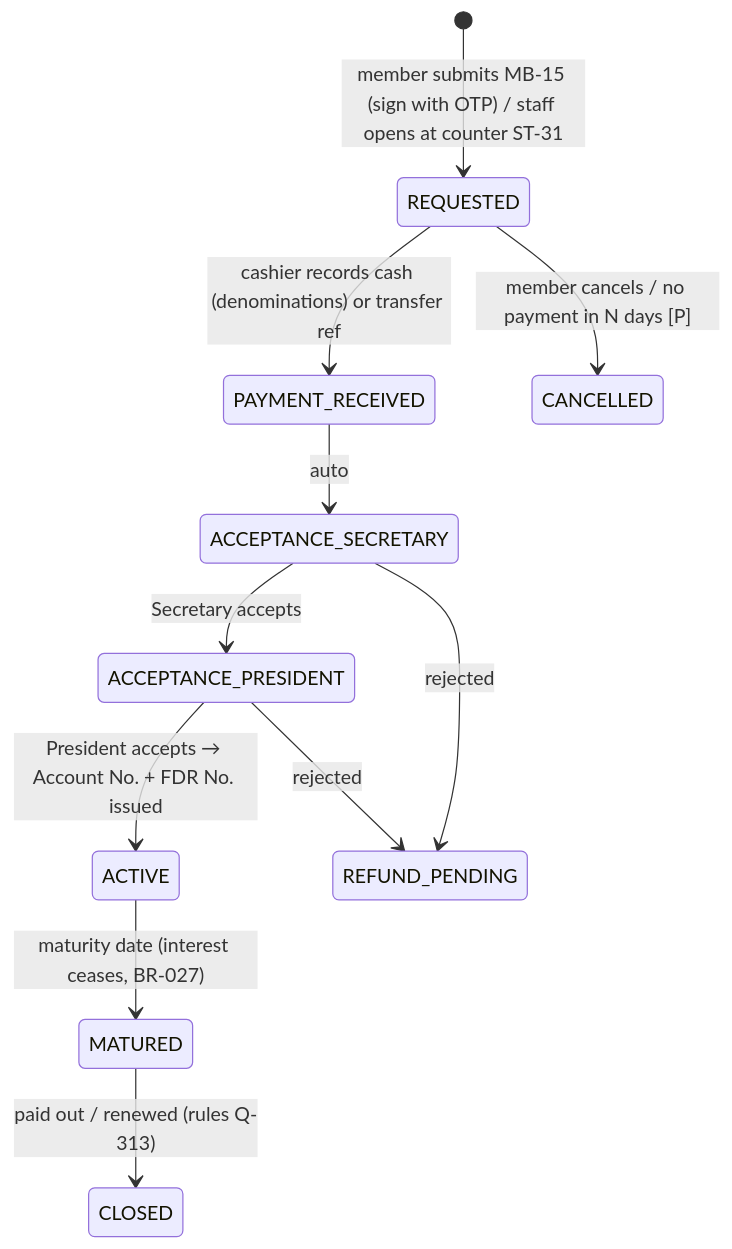
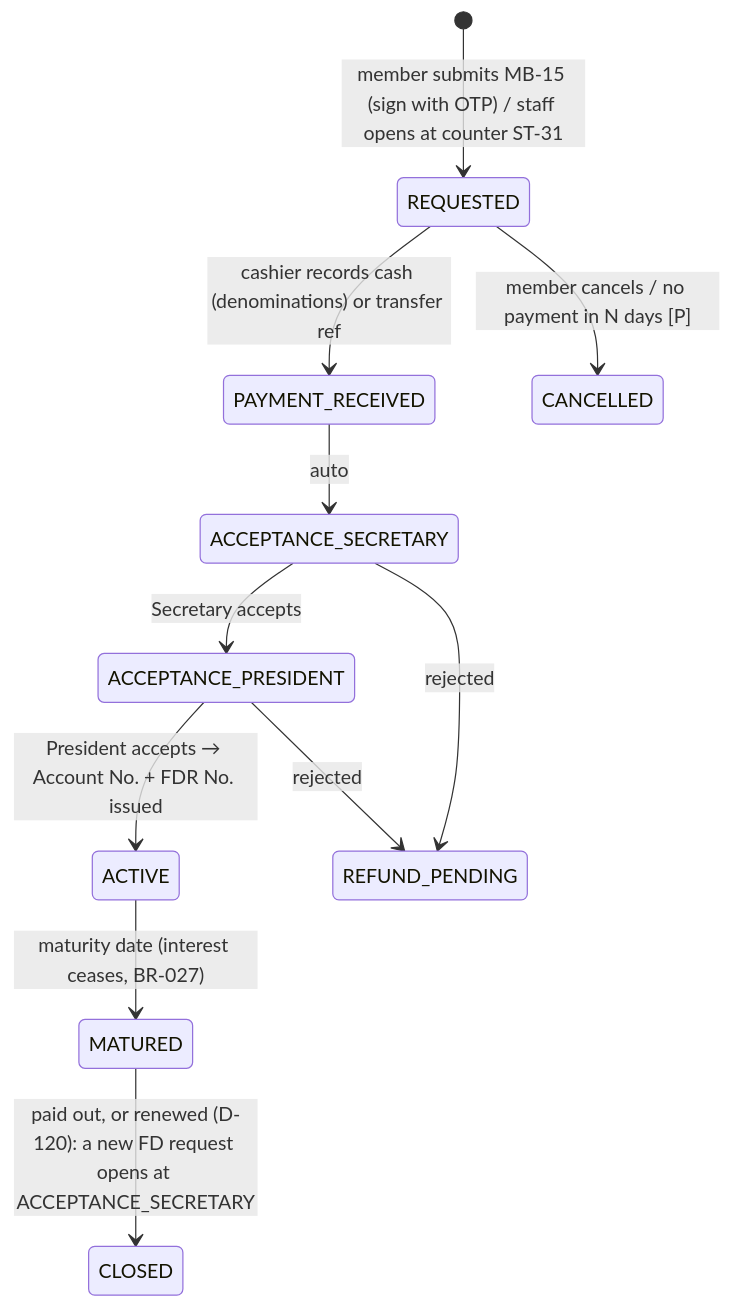
One commit to itsyourpriyansu-cloud/co-op changed the third of 4 diagrams in docs/10-workflows.md. Above: the diagram before and after it, drawn with Mermaid. The commit also changed other lines of this file and 73 other files, not shown here.

````diff
--- a/docs/10-workflows.md
+++ b/docs/10-workflows.md
@@ -123,13 +124,13 @@
 ```mermaid
 stateDiagram-v2
   [*] --> REQUESTED : member submits MB-15 (sign with OTP) / staff opens at counter ST-31
   REQUESTED --> PAYMENT_RECEIVED : cashier records cash (denominations) or transfer ref
   REQUESTED --> CANCELLED : member cancels / no payment in N days [P]
   PAYMENT_RECEIVED --> ACCEPTANCE_SECRETARY : auto
   ACCEPTANCE_SECRETARY --> ACCEPTANCE_PRESIDENT : Secretary accepts
   ACCEPTANCE_PRESIDENT --> ACTIVE : President accepts → Account No. + FDR No. issued
   ACCEPTANCE_SECRETARY --> REFUND_PENDING : rejected
   ACCEPTANCE_PRESIDENT --> REFUND_PENDING : rejected
   ACTIVE --> MATURED : maturity date (interest ceases, BR-027)
-  MATURED --> CLOSED : paid out / renewed (rules Q-313)
+  MATURED --> CLOSED : paid out, or renewed (D-120): a new FD request opens at ACCEPTANCE_SECRETARY
 ```
````
